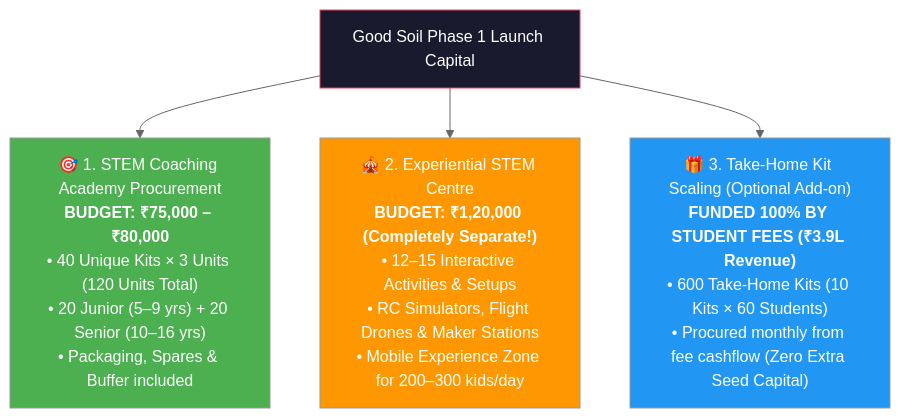
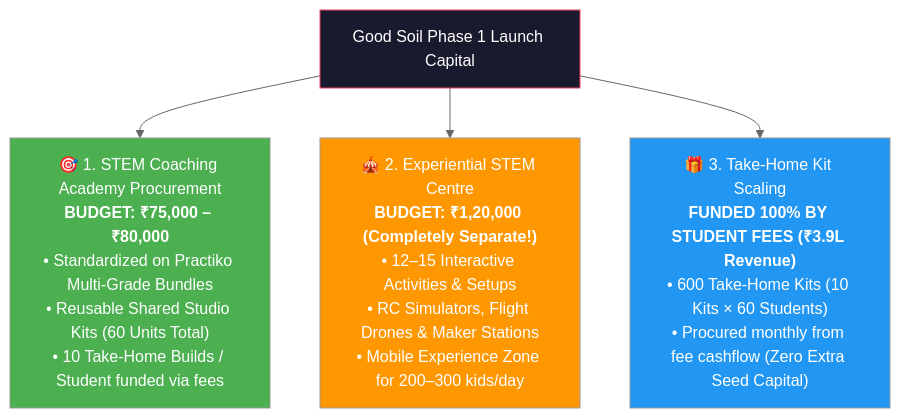
One commit to viz-lab-hue/Good-Soil changed the diagram in Budget/GoodSoil_Phase1_Kit_Procurement_BOM.md. Above: the diagram before and after it, drawn with Mermaid (neutral theme). The commit also changed other lines of this file and 12 other files, not shown here.

````diff
--- a/Budget/GoodSoil_Phase1_Kit_Procurement_BOM.md
+++ b/Budget/GoodSoil_Phase1_Kit_Procurement_BOM.md
@@ -12,12 +13,12 @@
 ```mermaid
 graph TD
     GS["Good Soil Phase 1 Launch Capital"]
-    GS --> B1["🎯 1. STEM Coaching Academy Procurement<br/><b>BUDGET: ₹75,000 – ₹80,000</b><br/>• 40 Unique Kits × 3 Units (120 Units Total)<br/>• 20 Junior (5–9 yrs) + 20 Senior (10–16 yrs)<br/>• Packaging, Spares & Buffer included"]
+    GS --> B1["🎯 1. STEM Coaching Academy Procurement<br/><b>BUDGET: ₹75,000 – ₹80,000</b><br/>• Standardized on Practiko Multi-Grade Bundles<br/>• Reusable Shared Studio Kits (60 Units Total)<br/>• 10 Take-Home Builds / Student funded via fees"]
     GS --> B2["🎪 2. Experiential STEM Centre<br/><b>BUDGET: ₹1,20,000 (Completely Separate!)</b><br/>• 12–15 Interactive Activities & Setups<br/>• RC Simulators, Flight Drones & Maker Stations<br/>• Mobile Experience Zone for 200–300 kids/day"]
-    GS --> B3["🎁 3. Take-Home Kit Scaling (Optional Add-on)<br/><b>FUNDED 100% BY STUDENT FEES (₹3.9L Revenue)</b><br/>• 600 Take-Home Kits (10 Kits × 60 Students)<br/>• Procured monthly from fee cashflow (Zero Extra Seed Capital)"]
+    GS --> B3["🎁 3. Take-Home Kit Scaling<br/><b>FUNDED 100% BY STUDENT FEES (₹3.9L Revenue)</b><br/>• 600 Take-Home Kits (10 Kits × 60 Students)<br/>• Procured monthly from fee cashflow (Zero Extra Seed Capital)"]
 
     style GS fill:#1a1a2e,color:#fff,stroke:#e94560
     style B1 fill:#4CAF50,color:#fff
     style B2 fill:#FF9800,color:#fff
     style B3 fill:#2196F3,color:#fff
 ```
````
